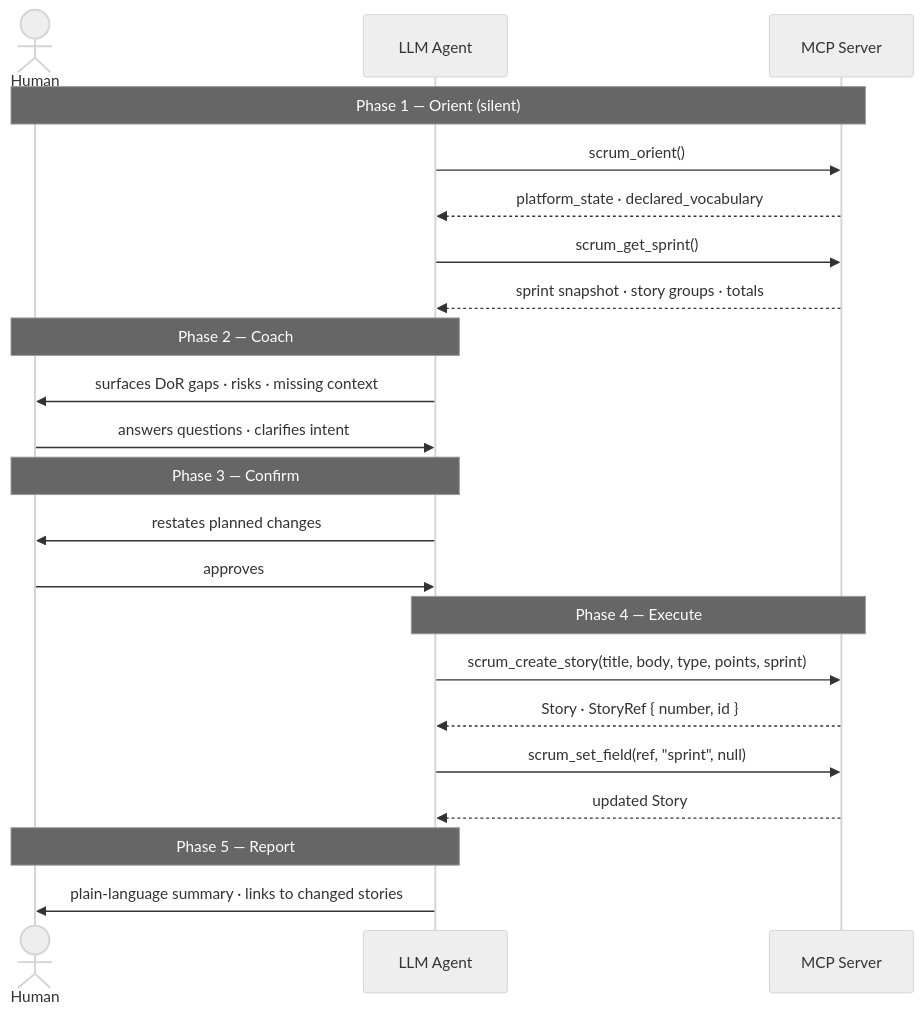
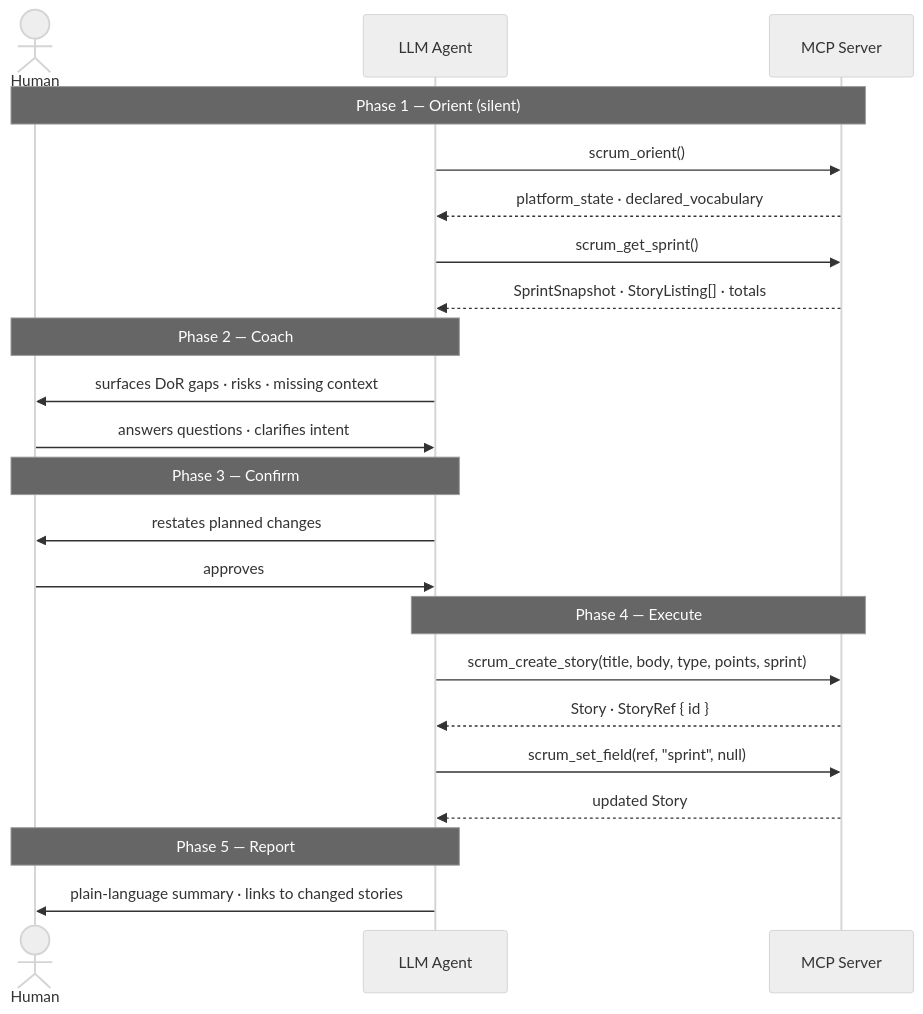
One commit to hoonsubin/github-projects-mcp-server changed the fourth of 4 diagrams in README.md. Above: the diagram before and after it, drawn with Mermaid (neutral theme). The commit also changed other lines of this file and 17 other files, not shown here.

````diff
--- a/README.md
+++ b/README.md
@@ -719,29 +759,29 @@
 ```mermaid
 sequenceDiagram
     actor H as Human
     participant A as LLM Agent
     participant M as MCP Server
 
     Note over H,M: Phase 1 — Orient (silent)
     A->>M: scrum_orient()
     M-->>A: platform_state · declared_vocabulary
     A->>M: scrum_get_sprint()
-    M-->>A: sprint snapshot · story groups · totals
+    M-->>A: SprintSnapshot · StoryListing[] · totals
 
     Note over H,A: Phase 2 — Coach
     A->>H: surfaces DoR gaps · risks · missing context
     H->>A: answers questions · clarifies intent
 
     Note over H,A: Phase 3 — Confirm
     A->>H: restates planned changes
     H->>A: approves
 
     Note over A,M: Phase 4 — Execute
     A->>M: scrum_create_story(title, body, type, points, sprint)
-    M-->>A: Story · StoryRef { number, id }
+    M-->>A: Story · StoryRef { id }
     A->>M: scrum_set_field(ref, "sprint", null)
     M-->>A: updated Story
 
     Note over H,A: Phase 5 — Report
     A->>H: plain-language summary · links to changed stories
 ```
````
